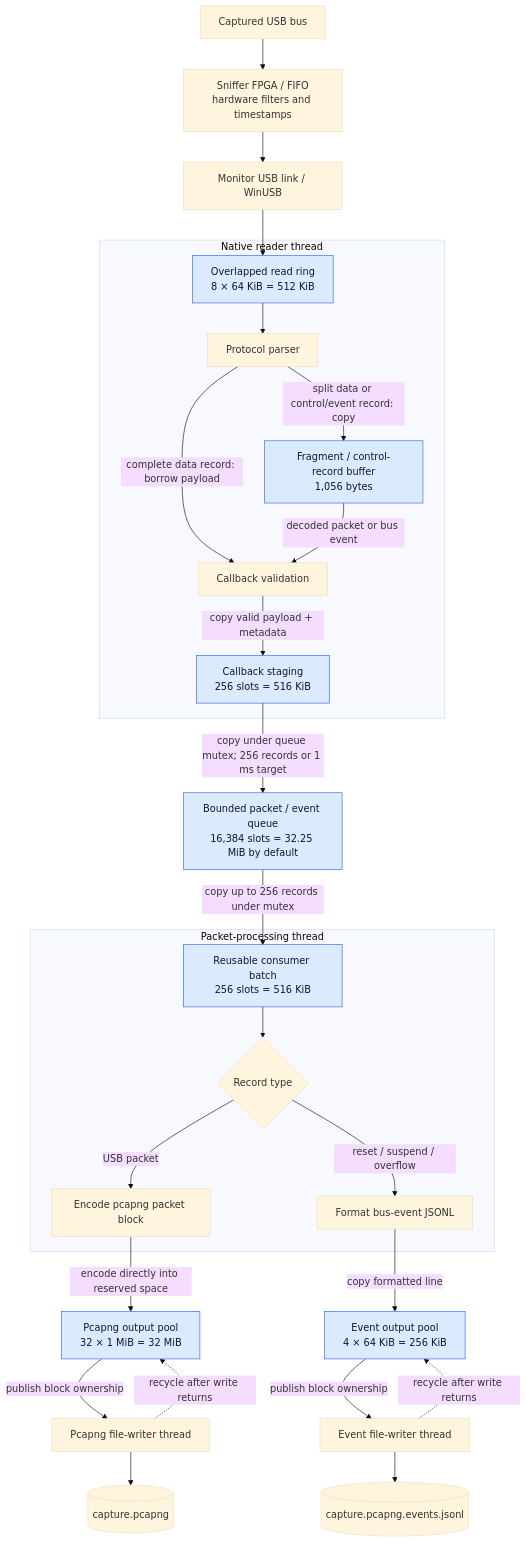
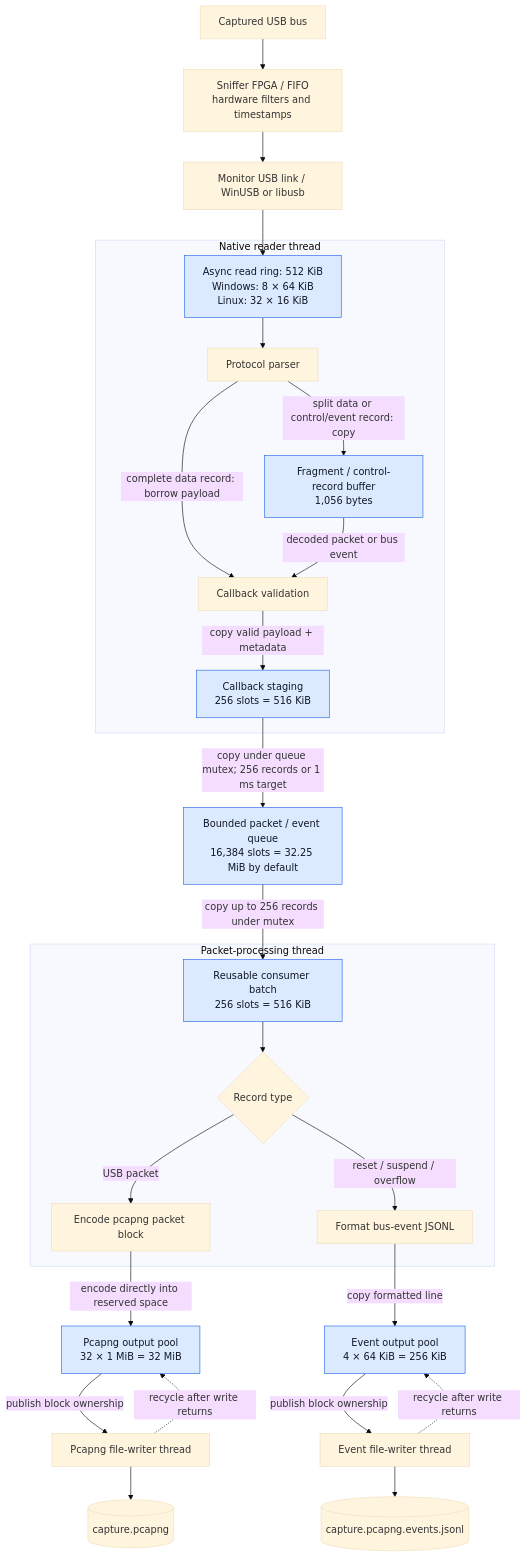
The diagram in docs/reference/capture-data-flow.md (HiFiPhile/usbpv-capture), drawn with Mermaid (base theme) before and after one commit. The commit also changed other lines of this file and 19 other files, not shown here.

````diff
--- a/docs/reference/capture-data-flow.md
+++ b/docs/reference/capture-data-flow.md
@@ -8,48 +8,48 @@
 ```mermaid
 flowchart TD
     BUS["Captured USB bus"] --> HW["Sniffer FPGA / FIFO<br/>hardware filters and timestamps"]
-    HW --> USB["Monitor USB link / WinUSB"]
+    HW --> USB["Monitor USB link / WinUSB or libusb"]
 
     subgraph READER["Native reader thread"]
-        RX["Overlapped read ring<br/>8 × 64 KiB = 512 KiB"]
+        RX["Async read ring: 512 KiB<br/>Windows: 8 × 64 KiB<br/>Linux: 32 × 16 KiB"]
         PARSE["Protocol parser"]
         FRAG["Fragment / control-record buffer<br/>1,056 bytes"]
         VALID["Callback validation"]
         STAGE["Callback staging<br/>256 slots = 516 KiB"]
         RX --> PARSE
         PARSE -->|"complete data record: borrow payload"| VALID
         PARSE -->|"split data or control/event record: copy"| FRAG
         FRAG -->|"decoded packet or bus event"| VALID
         VALID -->|"copy valid payload + metadata"| STAGE
     end
 
     USB --> RX
     STAGE -->|"copy under queue mutex; 256 records or 1 ms target"| QUEUE
     QUEUE["Bounded packet / event queue<br/>16,384 slots = 32.25 MiB by default"]
 
     subgraph ENCODER["Packet-processing thread"]
         BATCH["Reusable consumer batch<br/>256 slots = 516 KiB"]
         TYPE{"Record type"}
         PCAP["Encode pcapng packet block"]
         EVENT["Format bus-event JSONL"]
         BATCH --> TYPE
         TYPE -->|"USB packet"| PCAP
         TYPE -->|"reset / suspend / overflow"| EVENT
     end
 
     QUEUE -->|"copy up to 256 records under mutex"| BATCH
     PCAP -->|"encode directly into reserved space"| POOL
     EVENT -->|"copy formatted line"| EPOOL
     POOL["Pcapng output pool<br/>32 × 1 MiB = 32 MiB"]
     EPOOL["Event output pool<br/>4 × 64 KiB = 256 KiB"]
 
     POOL -->|"publish block ownership"| PW["Pcapng file-writer thread"]
     EPOOL -->|"publish block ownership"| EW["Event file-writer thread"]
     PW --> PF[("capture.pcapng")]
     EW --> EF[("capture.pcapng.events.jsonl")]
     PW -.->|"recycle after write returns"| POOL
     EW -.->|"recycle after write returns"| EPOOL
 
     classDef buffer fill:#dbeafe,stroke:#2563eb,color:#111827
     class RX,FRAG,STAGE,QUEUE,BATCH,POOL,EPOOL buffer
 ```
````
